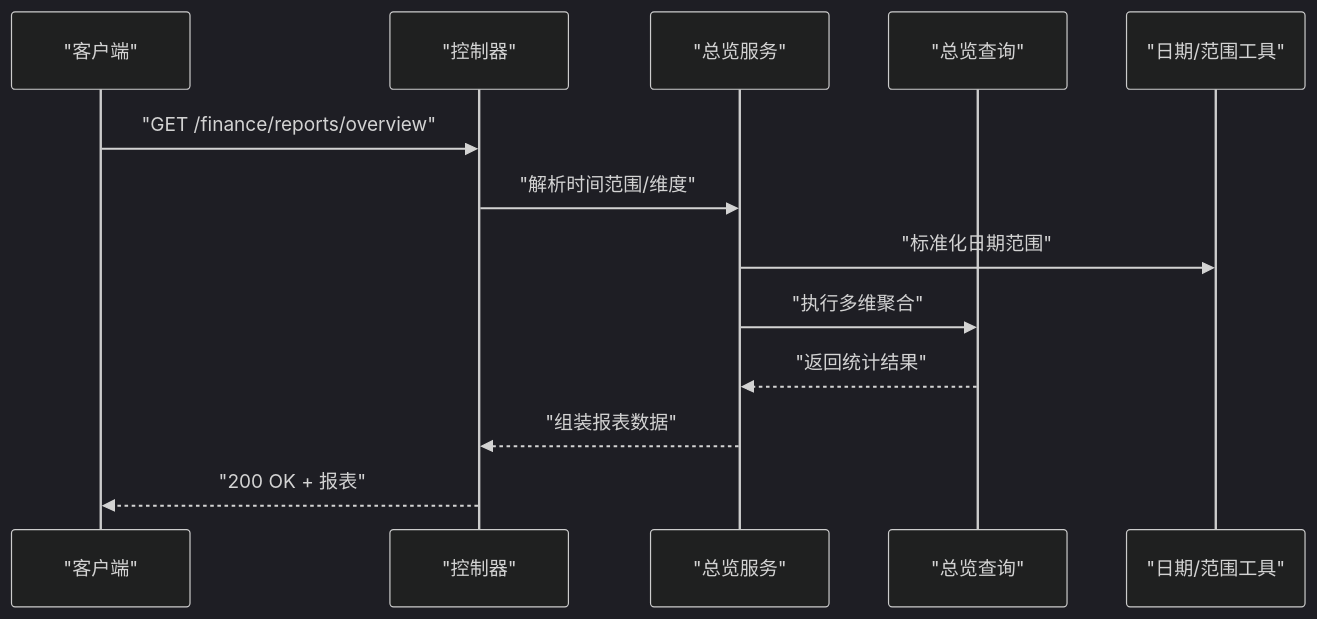
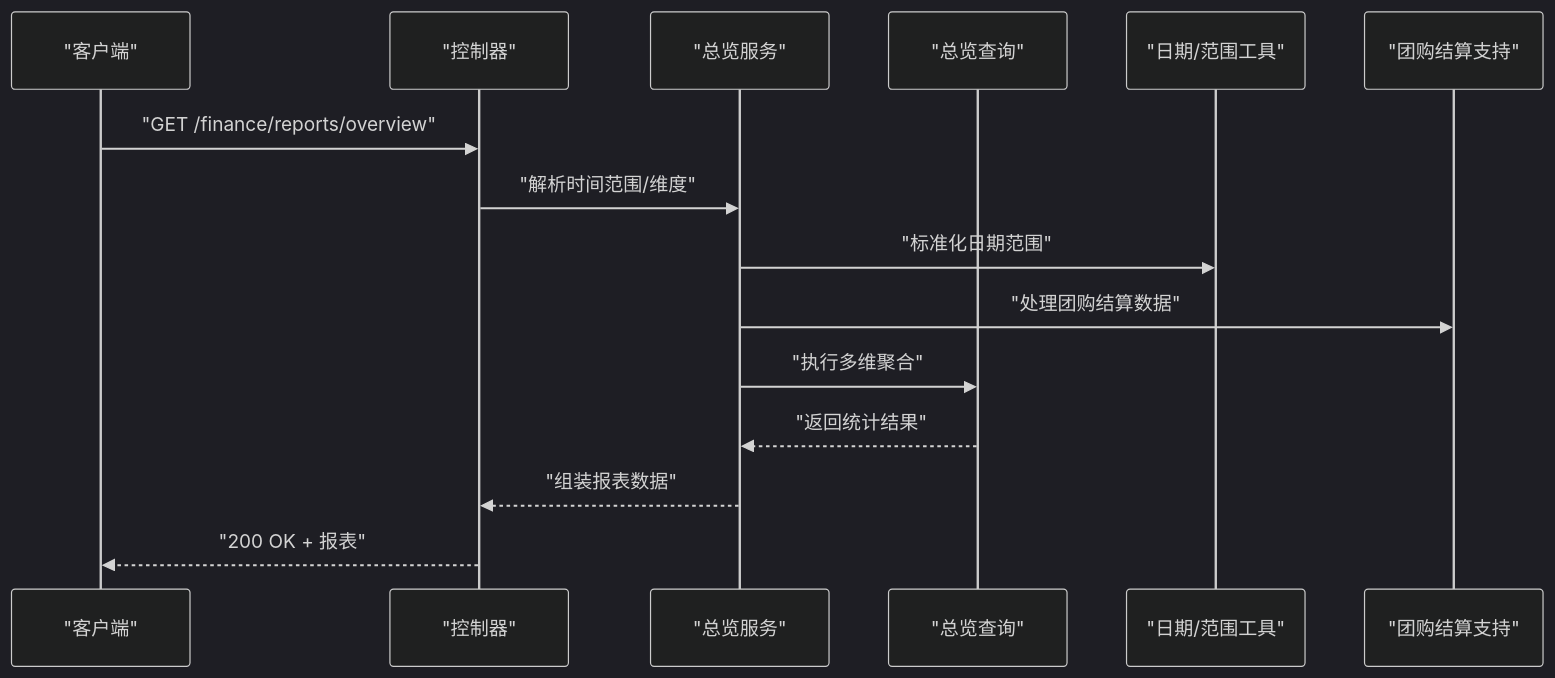
One commit to rc558620/purelyprofit-server changed the sixth of 8 diagrams in .qoder/repowiki/zh/content/业务模块/财务管理模块/财务管理模块.md. Above: the diagram before and after it, drawn with Mermaid (dark theme). The commit also changed other lines of this file and 117 other files, not shown here.

````diff
--- a/.qoder/repowiki/zh/content/业务模块/财务管理模块/财务管理模块.md
+++ b/.qoder/repowiki/zh/content/业务模块/财务管理模块/财务管理模块.md
@@ -377,15 +380,17 @@
 ```mermaid
 sequenceDiagram
 participant Client as "客户端"
 participant Ctrl as "控制器"
 participant Svc as "总览服务"
 participant Query as "总览查询"
 participant Utils as "日期/范围工具"
+participant Groupon as "团购结算支持"
 Client->>Ctrl : "GET /finance/reports/overview"
 Ctrl->>Svc : "解析时间范围/维度"
 Svc->>Utils : "标准化日期范围"
+Svc->>Groupon : "处理团购结算数据"
 Svc->>Query : "执行多维聚合"
 Query-->>Svc : "返回统计结果"
 Svc-->>Ctrl : "组装报表数据"
 Ctrl-->>Client : "200 OK + 报表"
 ```
````
